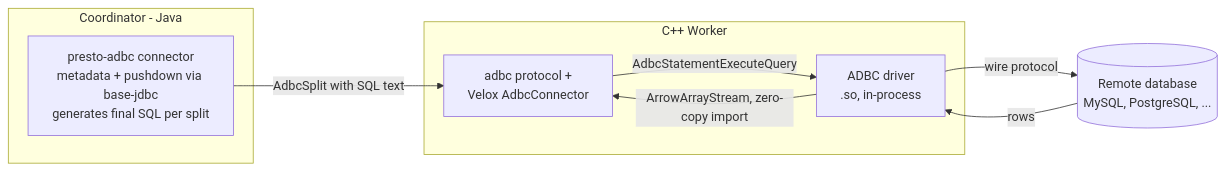
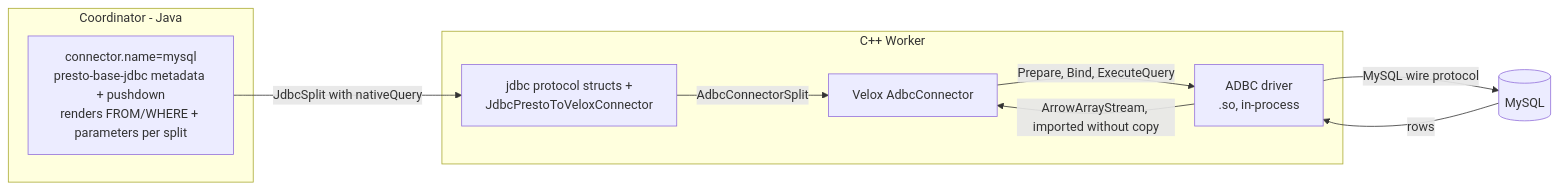
One commit to jja725/rfcs changed the diagram in RFC-0026-adbc-native-connector.md. Above: the diagram before and after it, drawn with Mermaid. The commit also changed other lines of this file, not shown here.

Commit message:
Revise ADBC RFC: reuse base-jdbc connectors, bind in Phase 1, add e2e walk-through

````diff
--- a/RFC-0026-adbc-native-connector.md
+++ b/RFC-0026-adbc-native-connector.md
@@ -50,19 +66,21 @@
 ```mermaid
 graph LR
     subgraph "Coordinator - Java"
-        A[presto-adbc connector<br/>metadata + pushdown via base-jdbc<br/>generates final SQL per split]
+        A[connector.name=mysql<br/>presto-base-jdbc metadata + pushdown<br/>renders FROM/WHERE + parameters per split]
     end
 
     subgraph "C++ Worker"
-        B[adbc protocol +<br/>Velox AdbcConnector]
+        B[jdbc protocol structs +<br/>JdbcPrestoToVeloxConnector]
+        V[Velox AdbcConnector]
         C[ADBC driver<br/>.so, in-process]
     end
 
-    D[(Remote database<br/>MySQL, PostgreSQL, ...)]
+    D[(MySQL)]
 
-    A -->|AdbcSplit with SQL text| B
-    B -->|AdbcStatementExecuteQuery| C
-    C -->|wire protocol| D
+    A -->|JdbcSplit with nativeQuery| B
+    B -->|AdbcConnectorSplit| V
+    V -->|Prepare, Bind, ExecuteQuery| C
+    C -->|MySQL wire protocol| D
     D -->|rows| C
-    C -->|ArrowArrayStream, zero-copy import| B
+    C -->|ArrowArrayStream, imported without copy| V
 ```
````
